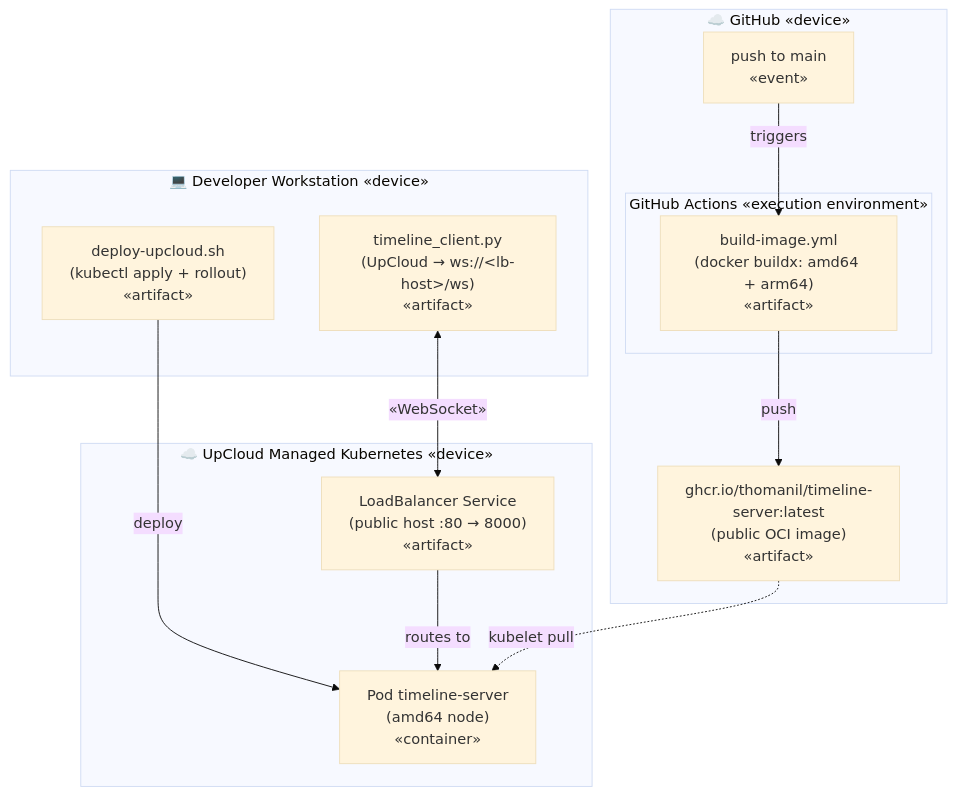
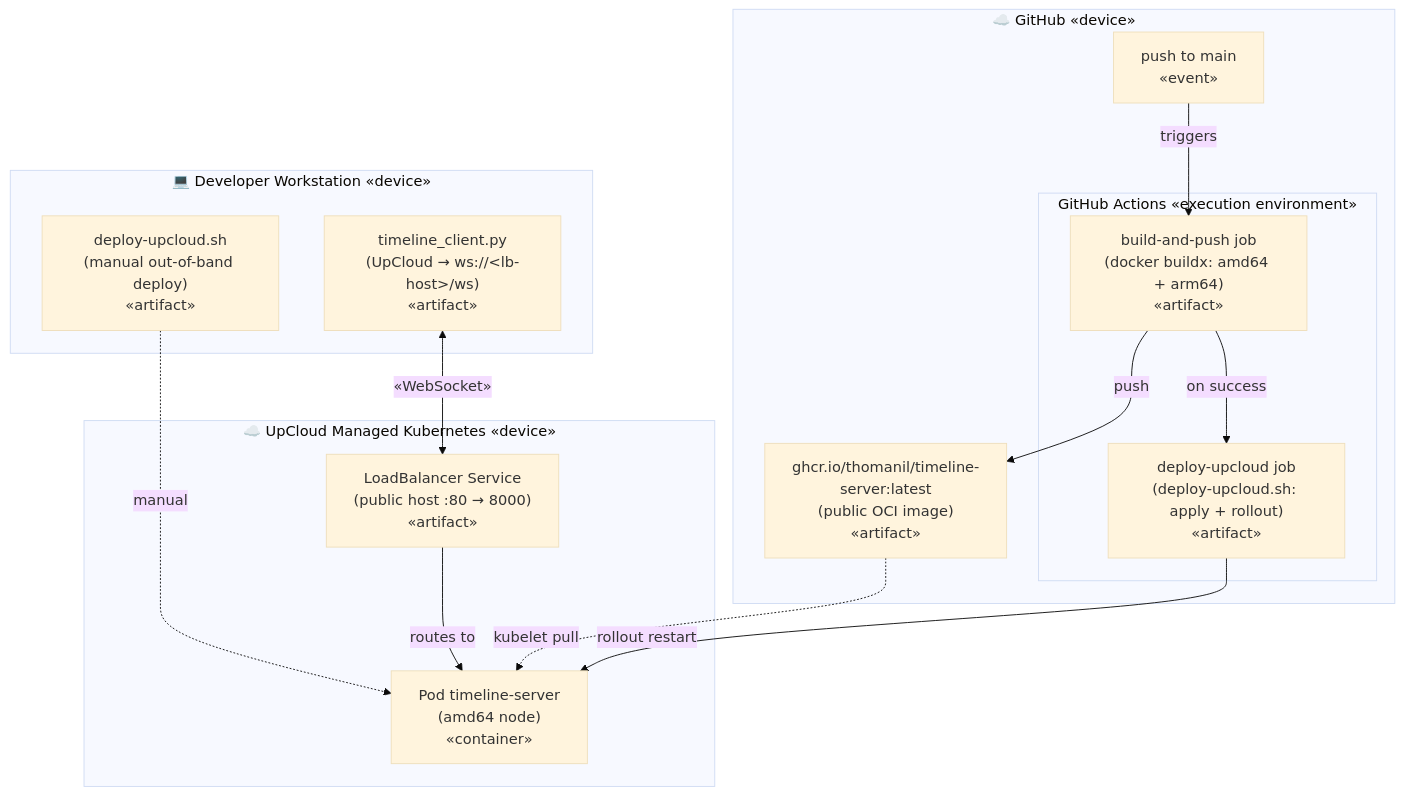
The sixth of 6 diagrams in README.md (thomanil/tech-sandbox), drawn with Mermaid (base theme) before and after one commit. The commit also changed other lines of this file and 1 other file, not shown here.

Commit message:
test rollout

````diff
--- a/README.md
+++ b/README.md
@@ -371,27 +382,30 @@
 ```mermaid
 flowchart TB
   subgraph gh["☁️ GitHub &laquo;device&raquo;"]
     repo["push to main<br/>&laquo;event&raquo;"]
     subgraph actions["GitHub Actions &laquo;execution environment&raquo;"]
-      build["build-image.yml<br/>(docker buildx: amd64 + arm64)<br/>&laquo;artifact&raquo;"]
+      build["build-and-push job<br/>(docker buildx: amd64 + arm64)<br/>&laquo;artifact&raquo;"]
+      deploy["deploy-upcloud job<br/>(deploy-upcloud.sh: apply + rollout)<br/>&laquo;artifact&raquo;"]
     end
     ghcr["ghcr.io/thomanil/timeline-server:latest<br/>(public OCI image)<br/>&laquo;artifact&raquo;"]
   end
 
   subgraph dev2["💻 Developer Workstation &laquo;device&raquo;"]
-    script["deploy-upcloud.sh<br/>(kubectl apply + rollout)<br/>&laquo;artifact&raquo;"]
+    script["deploy-upcloud.sh<br/>(manual out-of-band deploy)<br/>&laquo;artifact&raquo;"]
     client["timeline_client.py<br/>(UpCloud → ws://&lt;lb-host&gt;/ws)<br/>&laquo;artifact&raquo;"]
   end
 
   subgraph upcloud["☁️ UpCloud Managed Kubernetes &laquo;device&raquo;"]
     lb["LoadBalancer Service<br/>(public host :80 → 8000)<br/>&laquo;artifact&raquo;"]
     pod["Pod timeline-server<br/>(amd64 node)<br/>&laquo;container&raquo;"]
   end
 
   repo -->|triggers| build
   build -->|push| ghcr
-  script -->|deploy| pod
+  build -->|on success| deploy
+  deploy -->|rollout restart| pod
+  script -.->|manual| pod
   ghcr -.->|kubelet pull| pod
   client <-->|"&laquo;WebSocket&raquo;"| lb
   lb -->|routes to| pod
 ```
````
